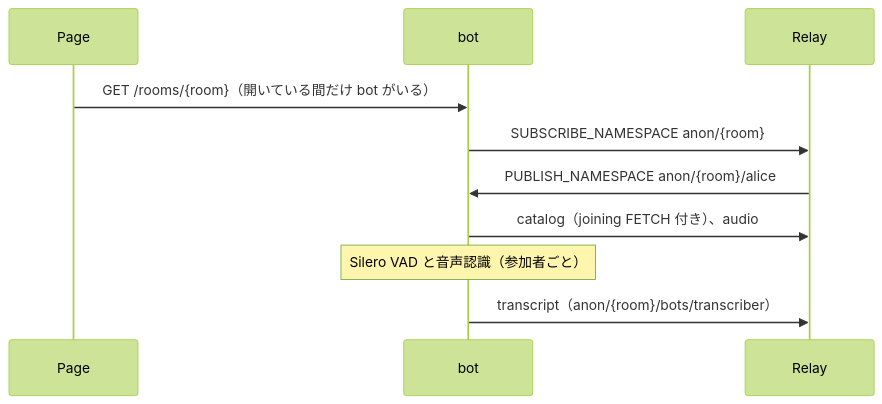
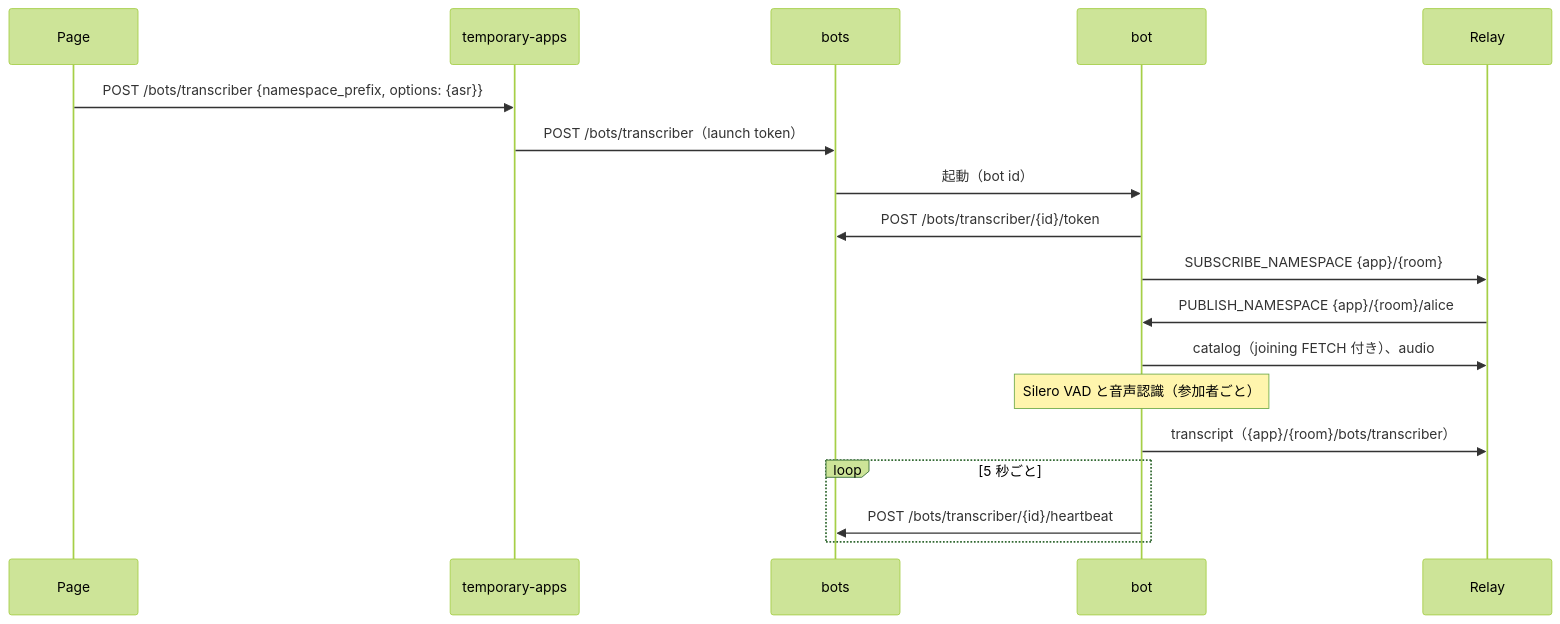
One commit to nttcom/moq-wasm changed the diagram in examples/python/moq-meeting-transcriber/README.md. Above: the diagram before and after it, drawn with Mermaid (forest theme). The commit also changed other lines of this file and 30 other files, not shown here.

First line of the commit message:
feat(browser): Meeting の書き起こし bot を bots から起動する (#1655)

````diff
--- a/examples/python/moq-meeting-transcriber/README.md
+++ b/examples/python/moq-meeting-transcriber/README.md
@@ -16,12 +17,20 @@
 ```mermaid
 sequenceDiagram
     participant P as Page
+    participant T as temporary-apps
+    participant S as bots
     participant B as bot
     participant R as Relay
-    P->>B: GET /rooms/{room}（開いている間だけ bot がいる）
-    B->>R: SUBSCRIBE_NAMESPACE anon/{room}
-    R->>B: PUBLISH_NAMESPACE anon/{room}/alice
+    P->>T: POST /bots/transcriber {namespace_prefix, options: {asr}}
+    T->>S: POST /bots/transcriber（launch token）
+    S->>B: 起動（bot id）
+    B->>S: POST /bots/transcriber/{id}/token
+    B->>R: SUBSCRIBE_NAMESPACE {app}/{room}
+    R->>B: PUBLISH_NAMESPACE {app}/{room}/alice
     B->>R: catalog（joining FETCH 付き）、audio
     Note over B: Silero VAD と音声認識（参加者ごと）
-    B->>R: transcript（anon/{room}/bots/transcriber）
+    B->>R: transcript（{app}/{room}/bots/transcriber）
+    loop 5 秒ごと
+        B->>S: POST /bots/transcriber/{id}/heartbeat
+    end
 ```
````
